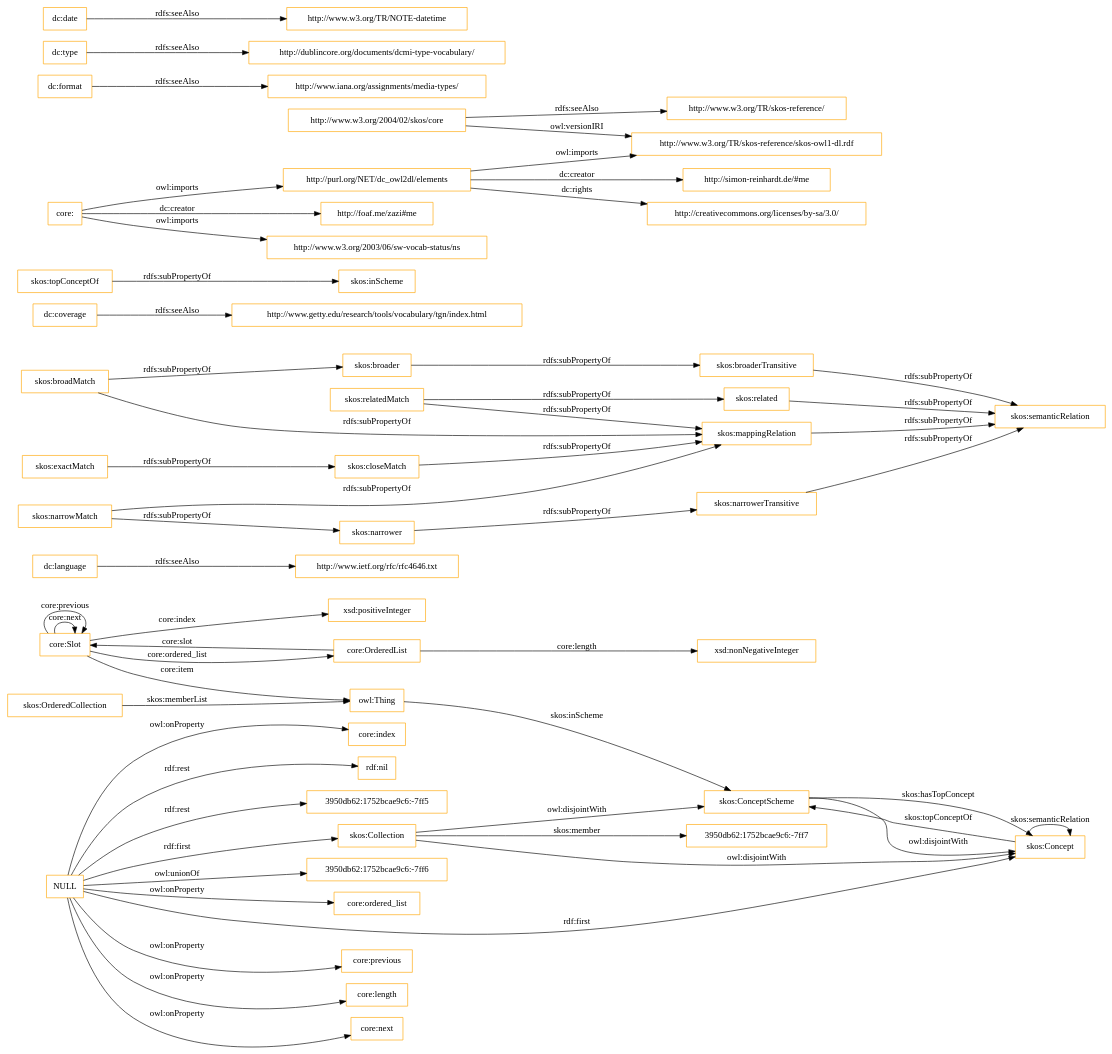
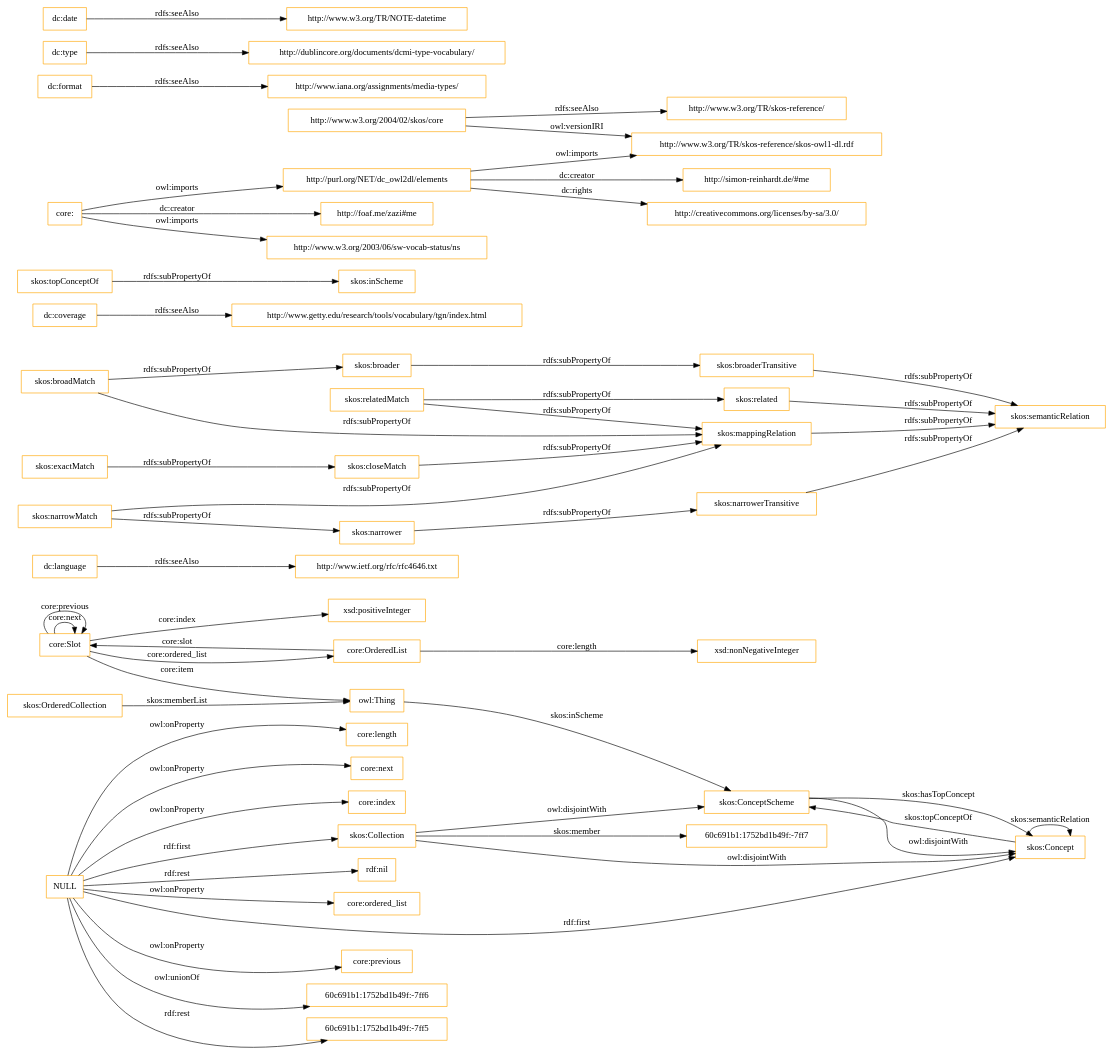
Before and after one commit to OnToologyUser/core-ontology-1: the diagram in OnToology/imports/core.owl/diagrams/ar2dtool-class/core.owl.png.dot, drawn with Graphviz. The commit also changed 14 other files, not shown here.

```diff
--- a/OnToology/imports/core.owl/diagrams/ar2dtool-class/core.owl.png.dot
+++ b/OnToology/imports/core.owl/diagrams/ar2dtool-class/core.owl.png.dot
@@ -1,60 +1,60 @@
 digraph ar2dtool_diagram { 
 rankdir=LR;
 size="1501"
-node [shape = rectangle, color="orange"]; "core:Slot" "core:OrderedList" "3950db62:1752bcae9c6:-7ff7" "skos:OrderedCollection" "skos:Collection" "skos:ConceptScheme" "skos:Concept" ; /*classes style*/
+node [shape = rectangle, color="orange"]; "core:Slot" "core:OrderedList" "60c691b1:1752bd1b49f:-7ff7" "skos:OrderedCollection" "skos:Collection" "skos:ConceptScheme" "skos:Concept" ; /*classes style*/
 	"dc:language" -> "http://www.ietf.org/rfc/rfc4646.txt" [ label = "rdfs:seeAlso" ];
 	"NULL" -> "core:previous" [ label = "owl:onProperty" ];
+	"NULL" -> "60c691b1:1752bd1b49f:-7ff6" [ label = "owl:unionOf" ];
+	"NULL" -> "60c691b1:1752bd1b49f:-7ff5" [ label = "rdf:rest" ];
 	"NULL" -> "core:length" [ label = "owl:onProperty" ];
 	"NULL" -> "skos:Concept" [ label = "rdf:first" ];
 	"NULL" -> "core:next" [ label = "owl:onProperty" ];
 	"NULL" -> "core:index" [ label = "owl:onProperty" ];
 	"NULL" -> "rdf:nil" [ label = "rdf:rest" ];
-	"NULL" -> "3950db62:1752bcae9c6:-7ff5" [ label = "rdf:rest" ];
-	"NULL" -> "3950db62:1752bcae9c6:-7ff6" [ label = "owl:unionOf" ];
 	"NULL" -> "core:ordered_list" [ label = "owl:onProperty" ];
 	"NULL" -> "skos:Collection" [ label = "rdf:first" ];
 	"skos:closeMatch" -> "skos:mappingRelation" [ label = "rdfs:subPropertyOf" ];
 	"dc:coverage" -> "http://www.getty.edu/research/tools/vocabulary/tgn/index.html" [ label = "rdfs:seeAlso" ];
 	"skos:relatedMatch" -> "skos:related" [ label = "rdfs:subPropertyOf" ];
 	"skos:relatedMatch" -> "skos:mappingRelation" [ label = "rdfs:subPropertyOf" ];
 	"skos:ConceptScheme" -> "skos:Concept" [ label = "owl:disjointWith" ];
 	"skos:related" -> "skos:semanticRelation" [ label = "rdfs:subPropertyOf" ];
 	"skos:topConceptOf" -> "skos:inScheme" [ label = "rdfs:subPropertyOf" ];
 	"skos:broadMatch" -> "skos:broader" [ label = "rdfs:subPropertyOf" ];
 	"skos:broadMatch" -> "skos:mappingRelation" [ label = "rdfs:subPropertyOf" ];
 	"http://purl.org/NET/dc_owl2dl/elements" -> "http://www.w3.org/TR/skos-reference/skos-owl1-dl.rdf" [ label = "owl:imports" ];
 	"http://purl.org/NET/dc_owl2dl/elements" -> "http://creativecommons.org/licenses/by-sa/3.0/" [ label = "dc:rights" ];
 	"http://purl.org/NET/dc_owl2dl/elements" -> "http://simon-reinhardt.de/#me" [ label = "dc:creator" ];
 	"skos:exactMatch" -> "skos:closeMatch" [ label = "rdfs:subPropertyOf" ];
 	"dc:format" -> "http://www.iana.org/assignments/media-types/" [ label = "rdfs:seeAlso" ];
 	"core:" -> "http://foaf.me/zazi#me" [ label = "dc:creator" ];
 	"core:" -> "http://www.w3.org/2003/06/sw-vocab-status/ns" [ label = "owl:imports" ];
 	"core:" -> "http://purl.org/NET/dc_owl2dl/elements" [ label = "owl:imports" ];
 	"skos:broaderTransitive" -> "skos:semanticRelation" [ label = "rdfs:subPropertyOf" ];
 	"skos:mappingRelation" -> "skos:semanticRelation" [ label = "rdfs:subPropertyOf" ];
 	"skos:broader" -> "skos:broaderTransitive" [ label = "rdfs:subPropertyOf" ];
 	"dc:type" -> "http://dublincore.org/documents/dcmi-type-vocabulary/" [ label = "rdfs:seeAlso" ];
 	"http://www.w3.org/2004/02/skos/core" -> "http://www.w3.org/TR/skos-reference/skos-owl1-dl.rdf" [ label = "owl:versionIRI" ];
 	"http://www.w3.org/2004/02/skos/core" -> "http://www.w3.org/TR/skos-reference/" [ label = "rdfs:seeAlso" ];
 	"skos:Collection" -> "skos:ConceptScheme" [ label = "owl:disjointWith" ];
 	"skos:Collection" -> "skos:Concept" [ label = "owl:disjointWith" ];
 	"skos:narrowMatch" -> "skos:narrower" [ label = "rdfs:subPropertyOf" ];
 	"skos:narrowMatch" -> "skos:mappingRelation" [ label = "rdfs:subPropertyOf" ];
 	"skos:narrower" -> "skos:narrowerTransitive" [ label = "rdfs:subPropertyOf" ];
 	"dc:date" -> "http://www.w3.org/TR/NOTE-datetime" [ label = "rdfs:seeAlso" ];
 	"skos:narrowerTransitive" -> "skos:semanticRelation" [ label = "rdfs:subPropertyOf" ];
 	"core:Slot" -> "xsd:positiveInteger" [ label = "core:index" ];
 	"skos:Concept" -> "skos:ConceptScheme" [ label = "skos:topConceptOf" ];
 	"core:Slot" -> "owl:Thing" [ label = "core:item" ];
 	"core:OrderedList" -> "xsd:nonNegativeInteger" [ label = "core:length" ];
 	"core:OrderedList" -> "core:Slot" [ label = "core:slot" ];
-	"skos:Collection" -> "3950db62:1752bcae9c6:-7ff7" [ label = "skos:member" ];
+	"skos:Collection" -> "60c691b1:1752bd1b49f:-7ff7" [ label = "skos:member" ];
 	"core:Slot" -> "core:Slot" [ label = "core:next" ];
 	"skos:ConceptScheme" -> "skos:Concept" [ label = "skos:hasTopConcept" ];
 	"owl:Thing" -> "skos:ConceptScheme" [ label = "skos:inScheme" ];
 	"core:Slot" -> "core:Slot" [ label = "core:previous" ];
 	"skos:OrderedCollection" -> "owl:Thing" [ label = "skos:memberList" ];
 	"skos:Concept" -> "skos:Concept" [ label = "skos:semanticRelation" ];
 	"core:Slot" -> "core:OrderedList" [ label = "core:ordered_list" ];
 
 }
```
